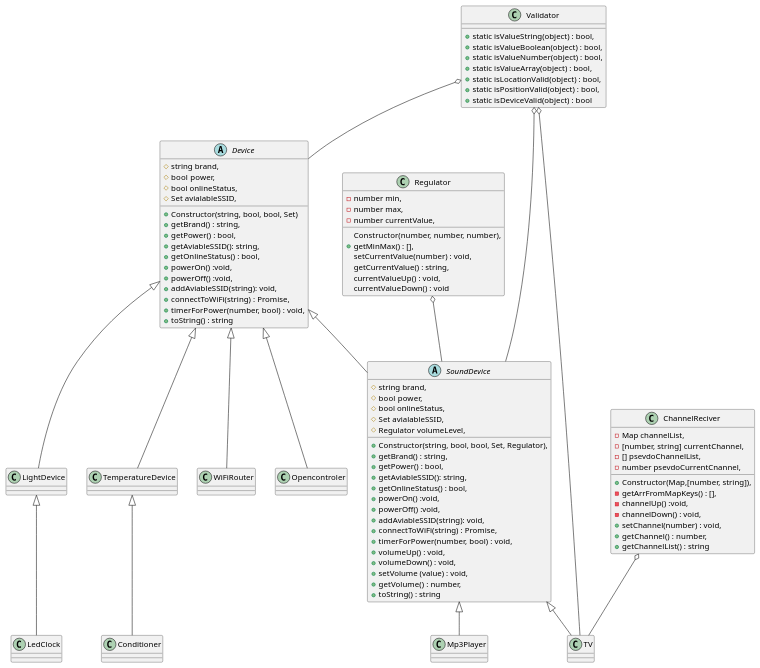
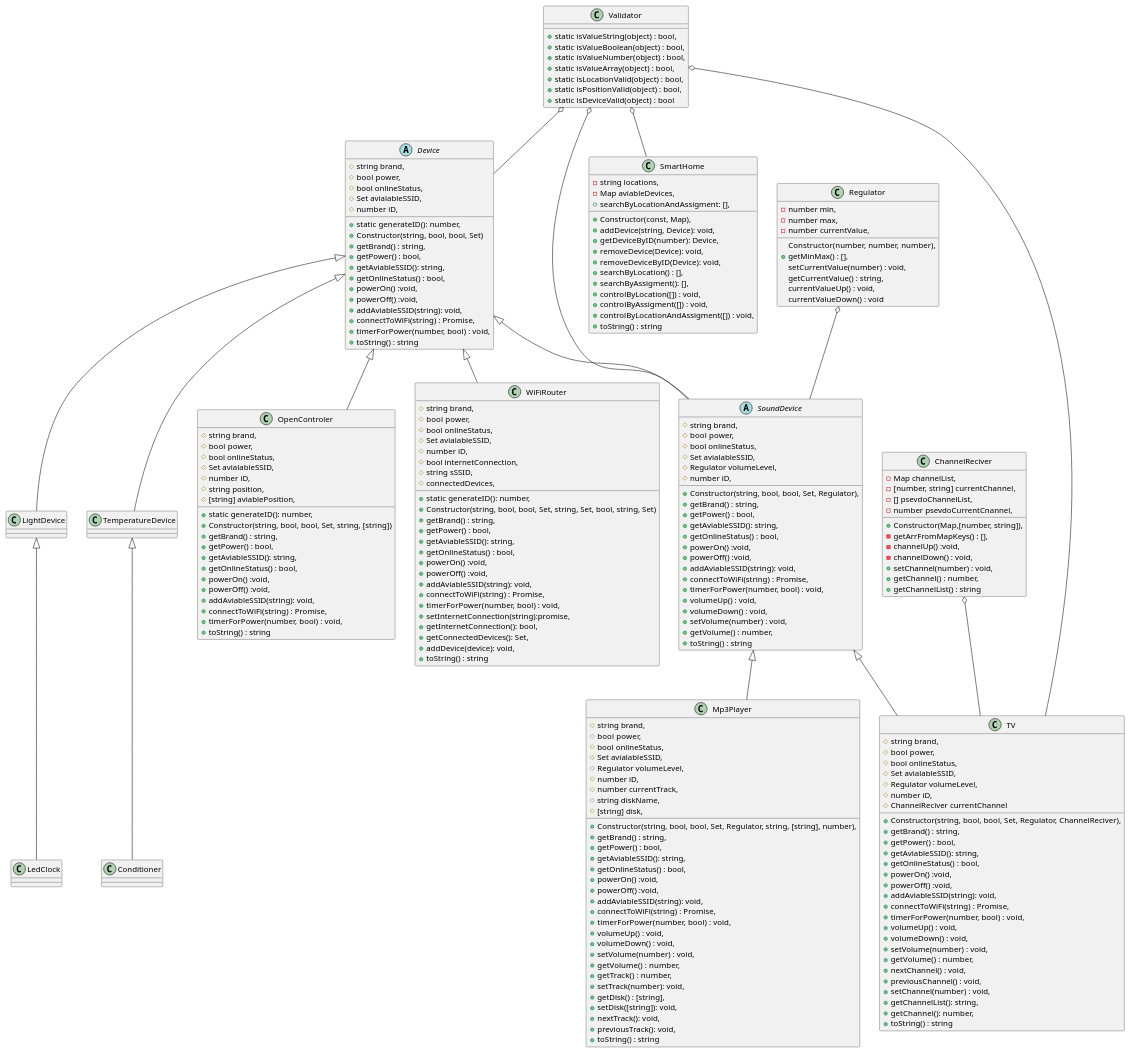
The diagram in ClassDiagramm.wsd (SalischevAV/SmartHomeJs2009), drawn with PlantUML before and after one commit. The commit also changed 4 other files, not shown here.

Commit message:
UML comlete

```diff
--- a/ClassDiagramm.wsd
+++ b/ClassDiagramm.wsd
@@ -39,11 +39,13 @@
 
 
 abstract class Device{
+    +static generateID(): number,
     +Constructor(string, bool, bool, Set)
     #string brand,
     #bool power,
     #bool onlineStatus,
     #Set avialableSSID,
+    #number iD,
     +getBrand() : string,
     +getPower() : bool,
     +getAviableSSID(): string,
@@ -63,6 +65,7 @@
     #bool onlineStatus,
     #Set avialableSSID,
     #Regulator volumeLevel,
+    #number iD,
     +getBrand() : string,
     +getPower() : bool,
     +getAviableSSID(): string,
@@ -74,15 +77,144 @@
     +timerForPower(number, bool) : void,
     +volumeUp() : void,
     +volumeDown() : void,
-    +setVolume (value) : void, 
+    +setVolume(number) : void, 
     +getVolume() : number,
     +toString() : string
 }
 
+class Mp3Player{
+     +Constructor(string, bool, bool, Set, Regulator, string, [string], number),
+    #string brand,
+    #bool power,
+    #bool onlineStatus,
+    #Set avialableSSID,
+    #Regulator volumeLevel,
+    #number iD,
+    #number currentTrack,
+    #string diskName,
+    #[string] disk,
+    +getBrand() : string,
+    +getPower() : bool,
+    +getAviableSSID(): string,
+    +getOnlineStatus() : bool,
+    +powerOn() :void,
+    +powerOff() :void,
+    +addAviableSSID(string): void,
+    +connectToWiFi(string) : Promise,
+    +timerForPower(number, bool) : void,
+    +volumeUp() : void,
+    +volumeDown() : void,
+    +setVolume(number) : void, 
+    +getVolume() : number,    
+    +getTrack() : number,
+    +setTrack(number): void,
+    +getDisk() : [string],
+    +setDisk([string]): void,
+    +nextTrack(): void,
+    +previousTrack(): void,
+    +toString() : string
+}
+
+class TV{
+    +Constructor(string, bool, bool, Set, Regulator, ChannelReciver),
+    #string brand,
+    #bool power,
+    #bool onlineStatus,
+    #Set avialableSSID,
+    #Regulator volumeLevel,
+    #number iD,
+    #ChannelReciver currentChannel
+    +getBrand() : string,
+    +getPower() : bool,
+    +getAviableSSID(): string,
+    +getOnlineStatus() : bool,
+    +powerOn() :void,
+    +powerOff() :void,
+    +addAviableSSID(string): void,
+    +connectToWiFi(string) : Promise,
+    +timerForPower(number, bool) : void,
+    +volumeUp() : void,
+    +volumeDown() : void,
+    +setVolume(number) : void, 
+    +getVolume() : number,
+    +nextChannel() : void,
+    +previousChannel() : void,
+    +setChannel(number) : void,
+    +getChannelList(): string,
+    +getChannel(): number,
+    +toString() : string
+
+}
+
+class OpenControler{
+    +static generateID(): number,
+    +Constructor(string, bool, bool, Set, string, [string])
+    #string brand,
+    #bool power,
+    #bool onlineStatus,
+    #Set avialableSSID,
+    #number iD,
+    #string position,
+    #[string] aviablePosition,
+    +getBrand() : string,
+    +getPower() : bool,
+    +getAviableSSID(): string,
+    +getOnlineStatus() : bool,
+    +powerOn() :void,
+    +powerOff() :void,
+    +addAviableSSID(string): void,
+    +connectToWiFi(string) : Promise,
+    +timerForPower(number, bool) : void,
+    +toString() : string
+}
+
+class SmartHome{
+    +Constructor(const, Map),
+    -string locations,
+    -Map aviableDevices,
+    +addDevice(string, Device): void,
+    +getDeviceByID(number): Device,
+    +removeDevice(Device): void,
+    +removeDeviceByID(Device): void,
+    +searchByLocation() : [],
+    +searchByAssigment(): [],
+    +searchByLocationAndAssigment: [],
+    +controlByLocation([]) : void,
+    +controlByAssigment([]) : void,
+    +controlByLocationAndAssigment([]) : void,
+    +toString() : string
+}
+
+class WiFiRouter{
+    +static generateID(): number,
+    +Constructor(string, bool, bool, Set, string, Set, bool, string, Set)
+    #string brand,
+    #bool power,
+    #bool onlineStatus,
+    #Set avialableSSID,
+    #number iD,
+    #bool internetConnection,
+    #string sSSID,
+    #connectedDevices,    
+    +getBrand() : string,
+    +getPower() : bool,
+    +getAviableSSID(): string,
+    +getOnlineStatus() : bool,
+    +powerOn() :void,
+    +powerOff() :void,
+    +addAviableSSID(string): void,
+    +connectToWiFi(string) : Promise,
+    +timerForPower(number, bool) : void,
+    +setInternetConnection(string):promise,
+    +getInternetConnection(): bool,
+    +getConnectedDevices(): Set,
+    +addDevice(device): void,
+    +toString() : string
+}
 
 Device <|-- SoundDevice
 Device <|-- WiFiRouter
-Device <|-- Opencontroler
+Device <|-- OpenControler
 Device <|-- LightDevice
 Device <|-- TemperatureDevice
 
@@ -100,6 +232,6 @@
 Validator o-- TV
 
 
-
+Validator o-- SmartHome
 
 @enduml
```
